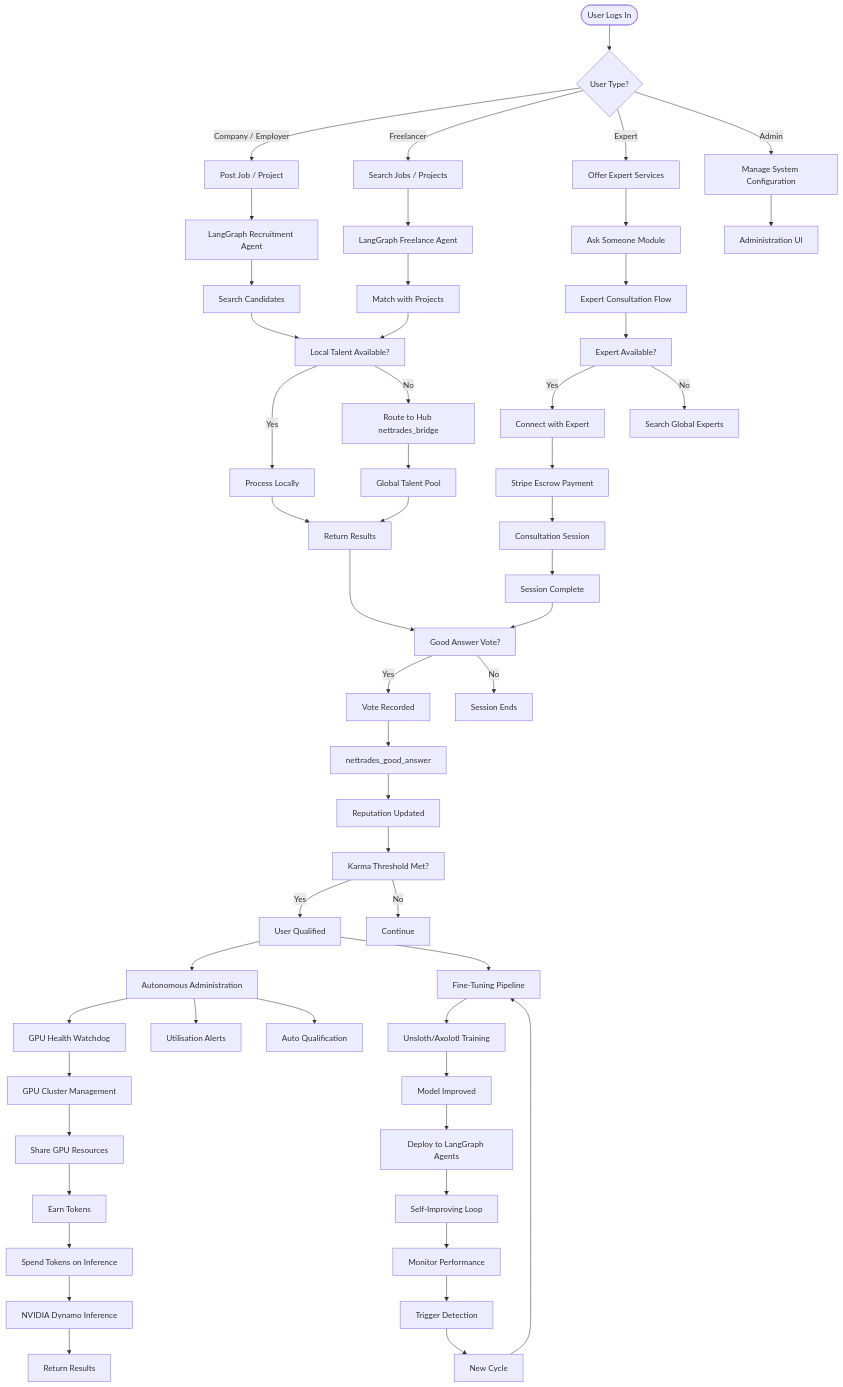
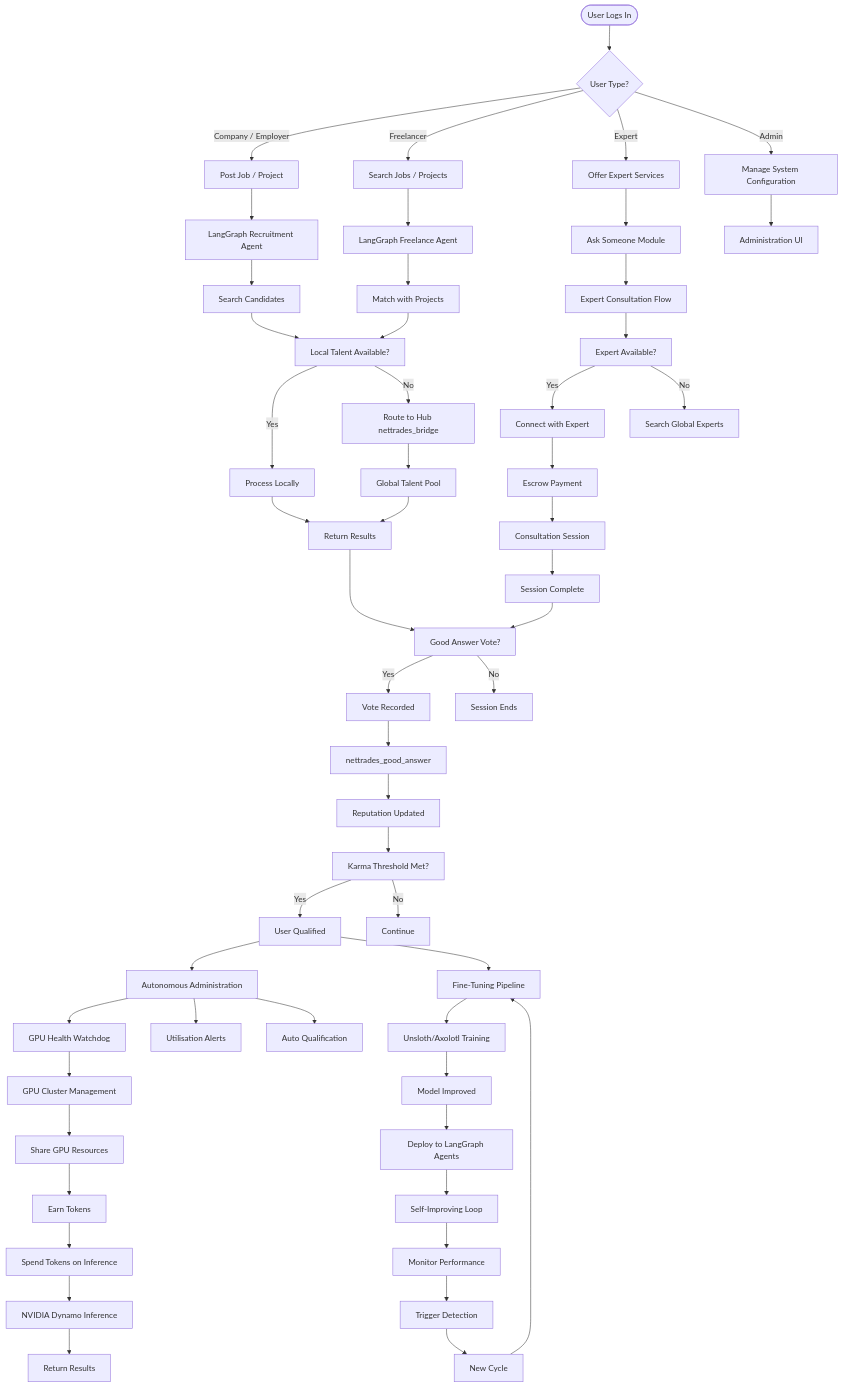
One commit to nettrades/nettrades-platform changed the ninth of 18 diagrams in README.md. Above: the diagram before and after it, drawn with Mermaid. The commit also changed other lines of this file, not shown here.

````diff
--- a/README.md
+++ b/README.md
@@ -1499,71 +1499,71 @@
 ```mermaid
 graph TD
     START([User Logs In]) --> A{User Type?}
 
     A -->|Company / Employer| B[Post Job / Project]
     A -->|Freelancer| C[Search Jobs / Projects]
     A -->|Expert| D[Offer Expert Services]
     A -->|Admin| F[Manage System Configuration]
 
     B --> G[LangGraph Recruitment Agent]
     C --> H[LangGraph Freelance Agent]
     D --> I[Ask Someone Module]
     F --> K[Administration UI]
 
     G --> L[Search Candidates]
     H --> M[Match with Projects]
     I --> N[Expert Consultation Flow]
 
     L --> O[Local Talent Available?]
     M --> O
     N --> P[Expert Available?]
 
     O -->|Yes| Q[Process Locally]
     O -->|No| R[Route to Hub nettrades_bridge]
 
     P -->|Yes| S[Connect with Expert]
     P -->|No| T[Search Global Experts]
 
-    S --> U[Stripe Escrow Payment]
+    S --> U[Escrow Payment]
     U --> V[Consultation Session]
     V --> W[Session Complete]
 
     Q --> X[Return Results]
     R --> Y[Global Talent Pool]
     Y --> X
 
     W --> Z[Good Answer Vote?]
     X --> Z
     Z -->|Yes| AA[Vote Recorded]
     Z -->|No| AB[Session Ends]
 
     AA --> AC[nettrades_good_answer]
     AC --> AD[Reputation Updated]
     AD --> AE[Karma Threshold Met?]
     AE -->|Yes| AF[User Qualified]
     AE -->|No| AG[Continue]
 
     AF --> AH[Autonomous Administration]
     AH --> AI[GPU Health Watchdog]
     AH --> AJ[Utilisation Alerts]
     AH --> AK[Auto Qualification]
 
     AI --> AL[GPU Cluster Management]
     AL --> AM[Share GPU Resources]
     AM --> AN[Earn Tokens]
 
     AN --> AO[Spend Tokens on Inference]
     AO --> AP[NVIDIA Dynamo Inference]
     AP --> AQ[Return Results]
 
     AF --> AR[Fine-Tuning Pipeline]
     AR --> AS[Unsloth/Axolotl Training]
     AS --> AT[Model Improved]
     AT --> AU[Deploy to LangGraph Agents]
 
     AU --> AV[Self-Improving Loop]
     AV --> AW[Monitor Performance]
     AW --> AX[Trigger Detection]
     AX --> AY[New Cycle]
     AY --> AR
 ```
````
